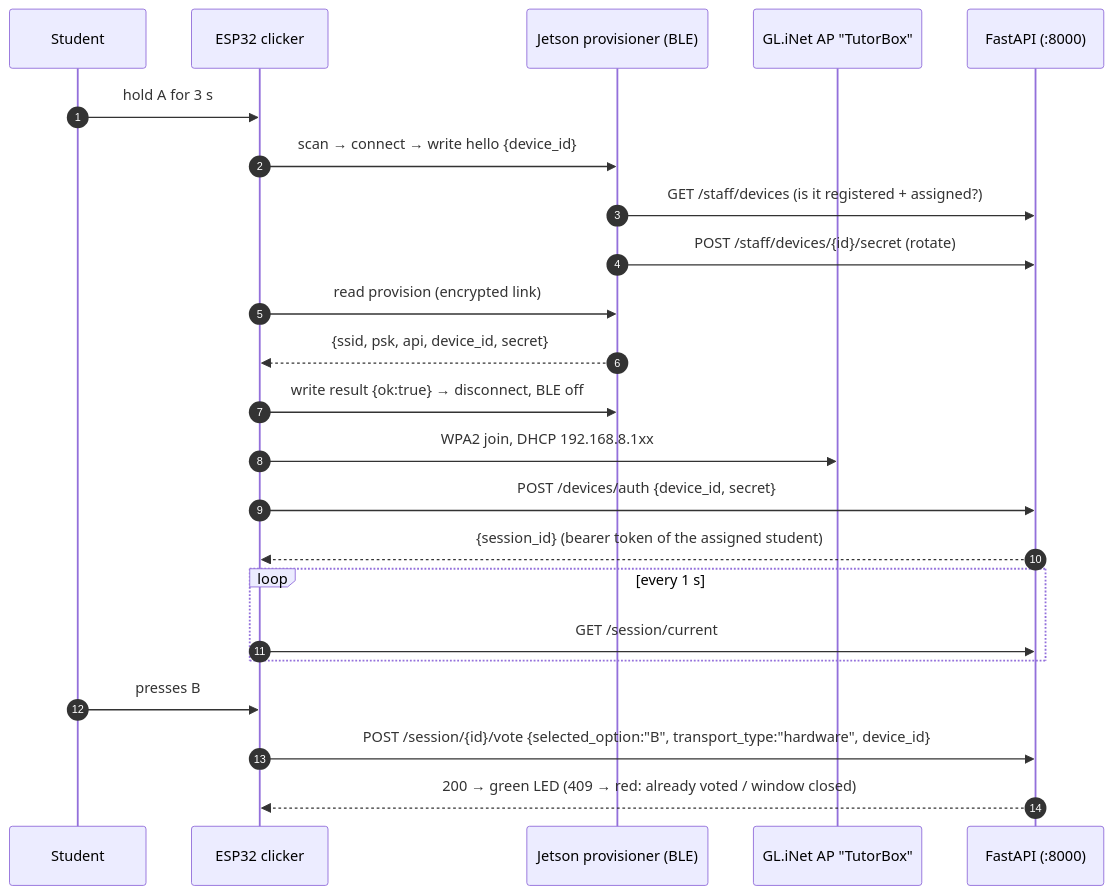
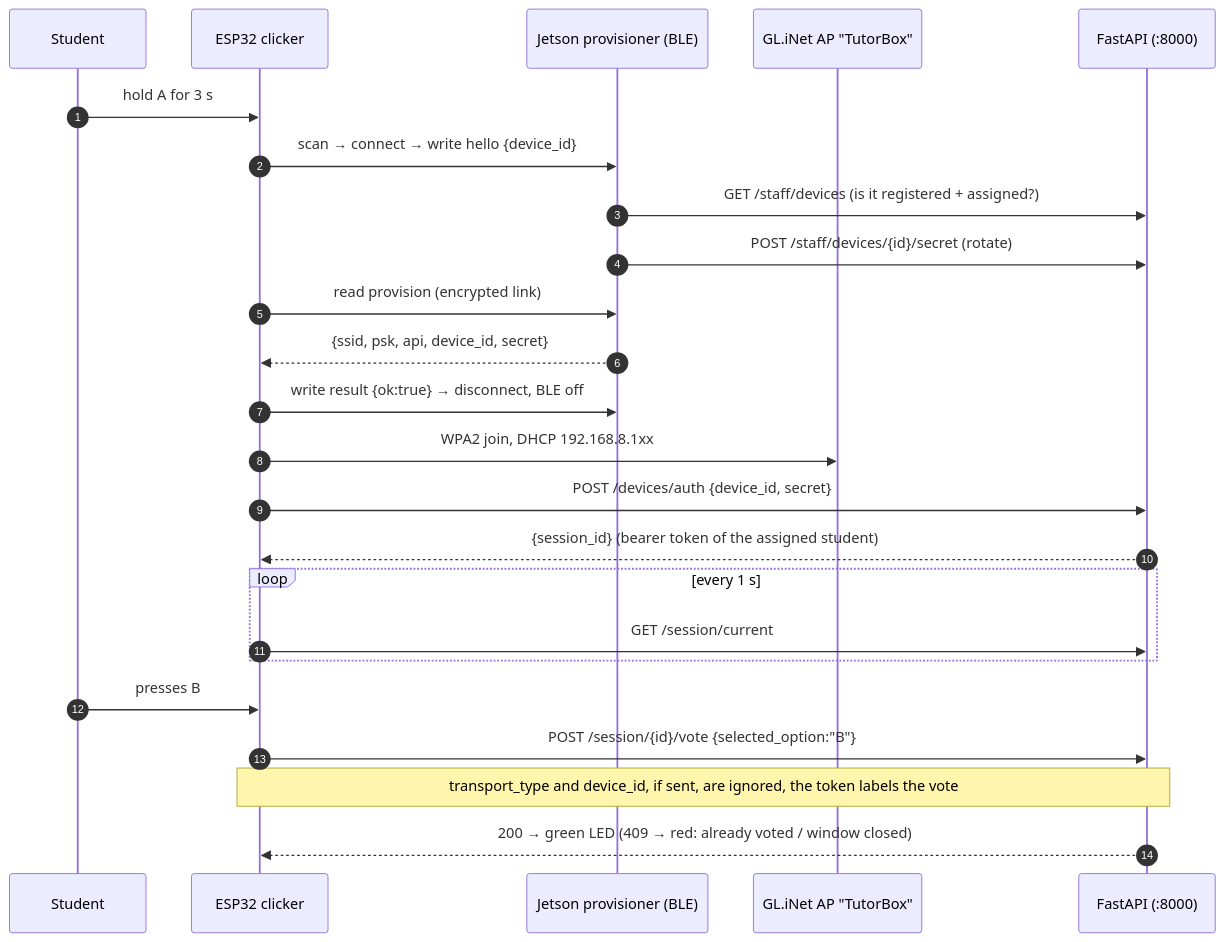
One commit to GabGP/TutorBox changed the first of 2 diagrams in docs/architecture/esp32-protocol.md. Above: the diagram before and after it, drawn with Mermaid. The commit also changed other lines of this file and 11 other files, not shown here.

````diff
--- a/docs/architecture/esp32-protocol.md
+++ b/docs/architecture/esp32-protocol.md
@@ -51,26 +51,27 @@
 ```mermaid
 sequenceDiagram
     autonumber
     participant Kid as Student
     participant ESP as ESP32 clicker
     participant BT as Jetson provisioner (BLE)
     participant AP as GL.iNet AP "TutorBox"
     participant API as FastAPI (:8000)
 
     Kid->>ESP: hold A for 3 s
     ESP->>BT: scan → connect → write hello {device_id}
     BT->>API: GET /staff/devices (is it registered + assigned?)
     BT->>API: POST /staff/devices/{id}/secret (rotate)
     ESP->>BT: read provision (encrypted link)
     BT-->>ESP: {ssid, psk, api, device_id, secret}
     ESP->>BT: write result {ok:true} → disconnect, BLE off
     ESP->>AP: WPA2 join, DHCP 192.168.8.1xx
     ESP->>API: POST /devices/auth {device_id, secret}
     API-->>ESP: {session_id} (bearer token of the assigned student)
     loop every 1 s
         ESP->>API: GET /session/current
     end
     Kid->>ESP: presses B
-    ESP->>API: POST /session/{id}/vote {selected_option:"B", transport_type:"hardware", device_id}
+    ESP->>API: POST /session/{id}/vote {selected_option:"B"}
+    Note over ESP,API: transport_type and device_id, if sent, are ignored, the token labels the vote
     API-->>ESP: 200 → green LED (409 → red: already voted / window closed)
 ```
````
